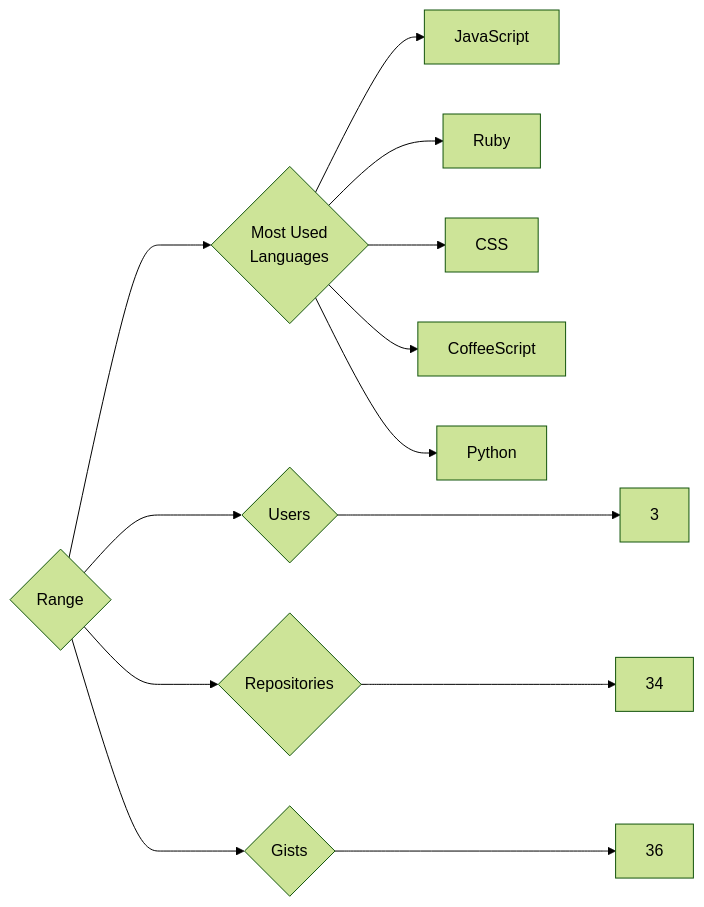
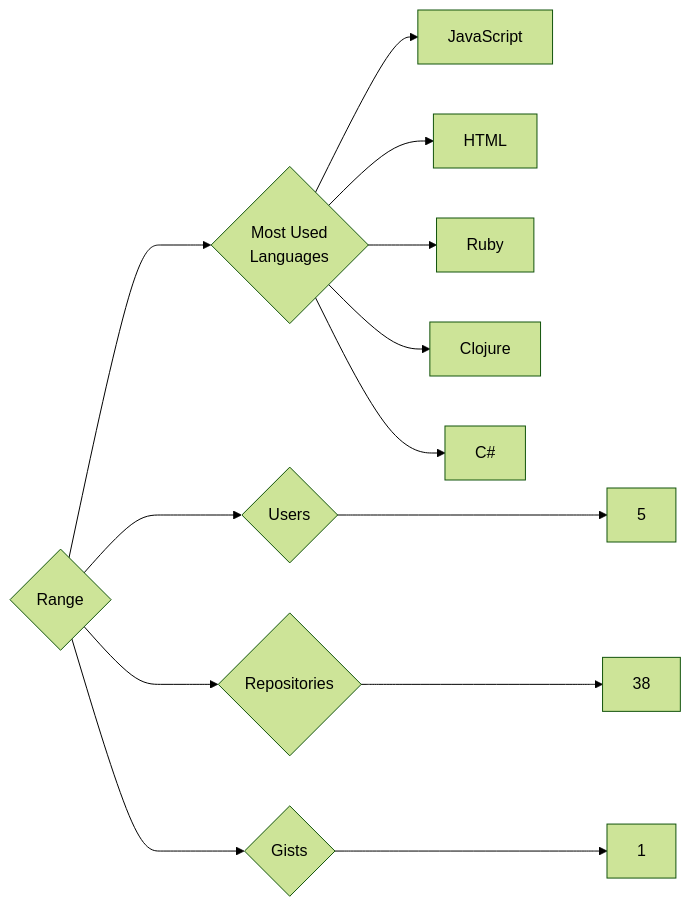
The diagram in targets/Range/README.md (trickest/insiders), drawn with Mermaid (forest theme) before and after one commit. The commit also changed 799 other files, not shown here.

````diff
--- a/targets/Range/README.md
+++ b/targets/Range/README.md
@@ -3,13 +3,13 @@
 ```mermaid
 graph LR
 COMPANY_NAME{Range}
-COMPANY_NAME ---> U{Users} ---> UN[3]
-COMPANY_NAME ---> R{Repositories} ---> RN[34]
-COMPANY_NAME ---> G{Gists} ---> GN[36]
+COMPANY_NAME ---> U{Users} ---> UN[5]
+COMPANY_NAME ---> R{Repositories} ---> RN[38]
+COMPANY_NAME ---> G{Gists} ---> GN[1]
 COMPANY_NAME ---> ML{Most Used<br>Languages}
 ML --> JavaScript[JavaScript]
+ML --> HTML[HTML]
 ML --> Ruby[Ruby]
-ML --> CSS[CSS]
-ML --> CoffeeScript[CoffeeScript]
-ML --> Python[Python]
+ML --> Clojure[Clojure]
+ML --> C#[C#]
 ```
````
